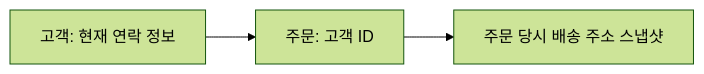
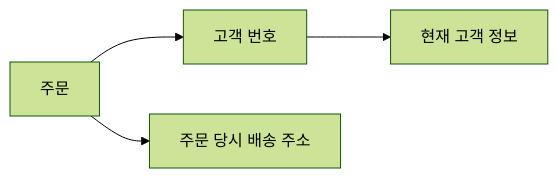
One commit to moocongpapa/it-study changed the diagram in content/topics/relational-normalization.md. Above: the diagram before and after it, drawn with Mermaid (forest theme). The commit also changed other lines of this file and 71 other files, not shown here.

````diff
--- a/content/topics/relational-normalization.md
+++ b/content/topics/relational-normalization.md
@@ -6,5 +20,5 @@
 ```mermaid
 flowchart LR
-  C["고객: 현재 연락 정보"] --> O["주문: 고객 ID"]
-  O --> S["주문 당시 배송 주소 스냅샷"]
+ A["주문"] --> B["고객 번호"] --> C["현재 고객 정보"]
+ A --> D["주문 당시 배송 주소"]
 ```
````
